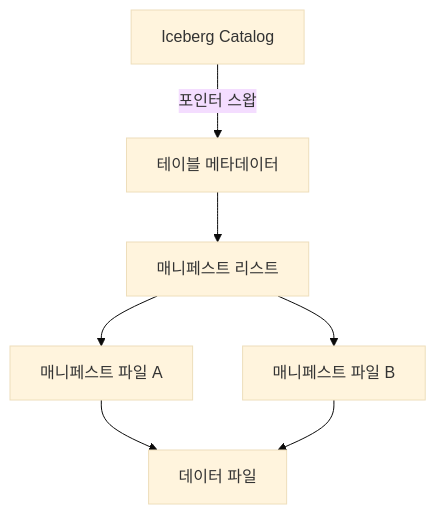
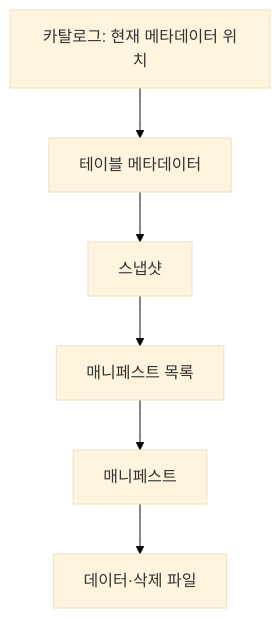
One commit to agnusdei1207/study changed the first of 2 diagrams in src/content/docs/notes/itpe/02-software-engineering/094_apache_iceberg_open_table_format.md. Above: the diagram before and after it, drawn with Mermaid (base theme). The commit also changed other lines of this file and 31 other files, not shown here.

````diff
--- a/src/content/docs/notes/itpe/02-software-engineering/094_apache_iceberg_open_table_format.md
+++ b/src/content/docs/notes/itpe/02-software-engineering/094_apache_iceberg_open_table_format.md
@@ -64,9 +55,8 @@
 ```mermaid
-flowchart TB
-    C["Iceberg Catalog"] -->|포인터 스왑| M["테이블 메타데이터"]
-    M --> L["매니페스트 리스트"]
-    L --> A["매니페스트 파일 A"]
-    L --> B["매니페스트 파일 B"]
-    A --> F["데이터 파일"]
-    B --> F
+flowchart TD
+    C["카탈로그: 현재 메타데이터 위치"] --> M["테이블 메타데이터"]
+    M --> S["스냅샷"]
+    S --> L["매니페스트 목록"]
+    L --> F["매니페스트"]
+    F --> D["데이터·삭제 파일"]
 ```
````
